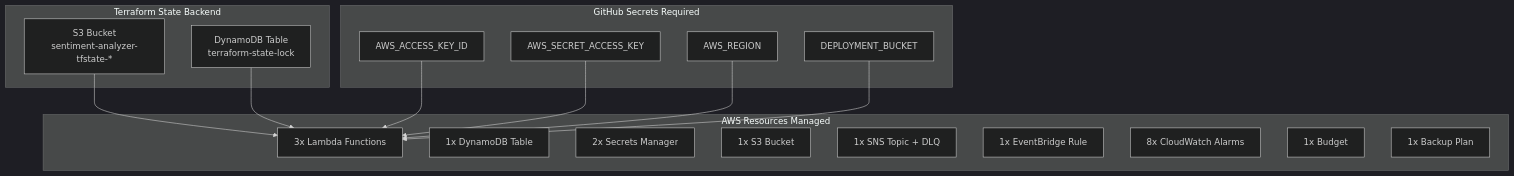
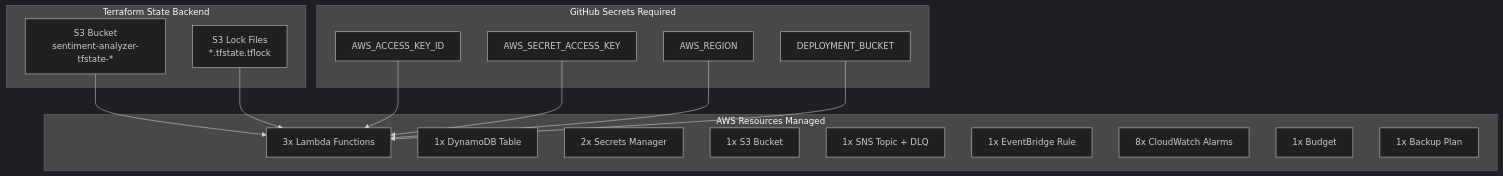
One commit to traylorre/sentiment-analyzer-gsk changed the sixth of 9 diagrams in docs/TERRAFORM_DEPLOYMENT_FLOW.md. Above: the diagram before and after it, drawn with Mermaid (dark theme). The commit also changed other lines of this file and 12 other files, not shown here.

First line of the commit message:
docs: Update all diagrams and documentation for S3 native locking

````diff
--- a/docs/TERRAFORM_DEPLOYMENT_FLOW.md
+++ b/docs/TERRAFORM_DEPLOYMENT_FLOW.md
@@ -196,33 +196,33 @@
 ```mermaid
 graph TB
     subgraph "Terraform State Backend"
         A[S3 Bucket<br/>sentiment-analyzer-tfstate-*]
-        B[DynamoDB Table<br/>terraform-state-lock]
+        B[S3 Lock Files<br/>*.tfstate.tflock]
     end
 
     subgraph "GitHub Secrets Required"
         C[AWS_ACCESS_KEY_ID]
         D[AWS_SECRET_ACCESS_KEY]
         E[AWS_REGION]
         F[DEPLOYMENT_BUCKET]
     end
 
     subgraph "AWS Resources Managed"
         G[3x Lambda Functions]
         H[1x DynamoDB Table]
         I[2x Secrets Manager]
         J[1x S3 Bucket]
         K[1x SNS Topic + DLQ]
         L[1x EventBridge Rule]
         M[8x CloudWatch Alarms]
         N[1x Budget]
         O[1x Backup Plan]
     end
 
     A --> G
     B --> G
     C --> G
     D --> G
     E --> G
     F --> G
 ```
````
